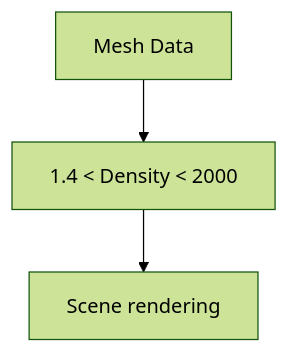
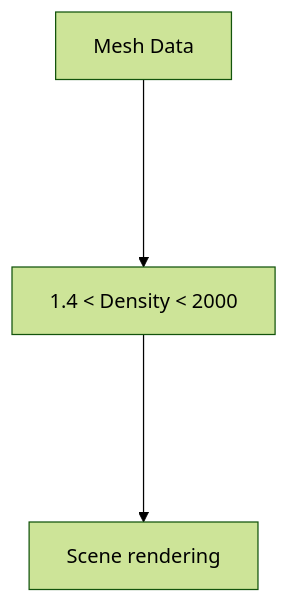
Before and after one commit to jfavre/InSitu-Vis-Tutorial: the second of 2 diagrams in slides/src/202512/md/03.md, drawn with Mermaid (forest theme). The commit also changed other lines of this file and 12 other files, not shown here.

````diff
--- a/slides/src/202512/md/03.md
+++ b/slides/src/202512/md/03.md
@@ -165,5 +176,5 @@
 ```mermaid {theme: 'neutral', scale: 0.8}
 graph TD
-B["Mesh Data"] --> C["1.4 < Density < 2000"]
-C["1.4 < Density < 2000"] --> D["Scene rendering"]
+B["Mesh Data"] ----> C["1.4 < Density < 2000"]
+C["1.4 < Density < 2000"] ----> D["Scene rendering"]
 ```
````
